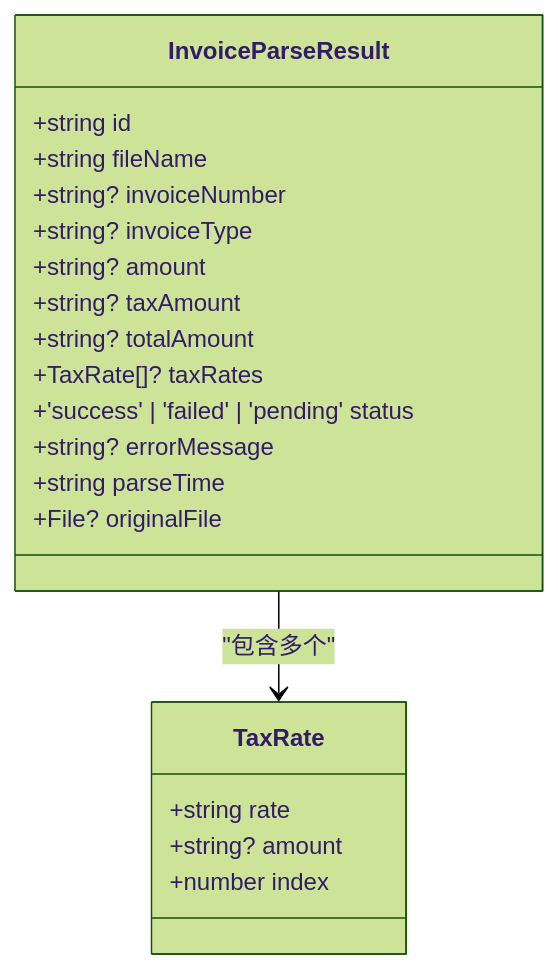
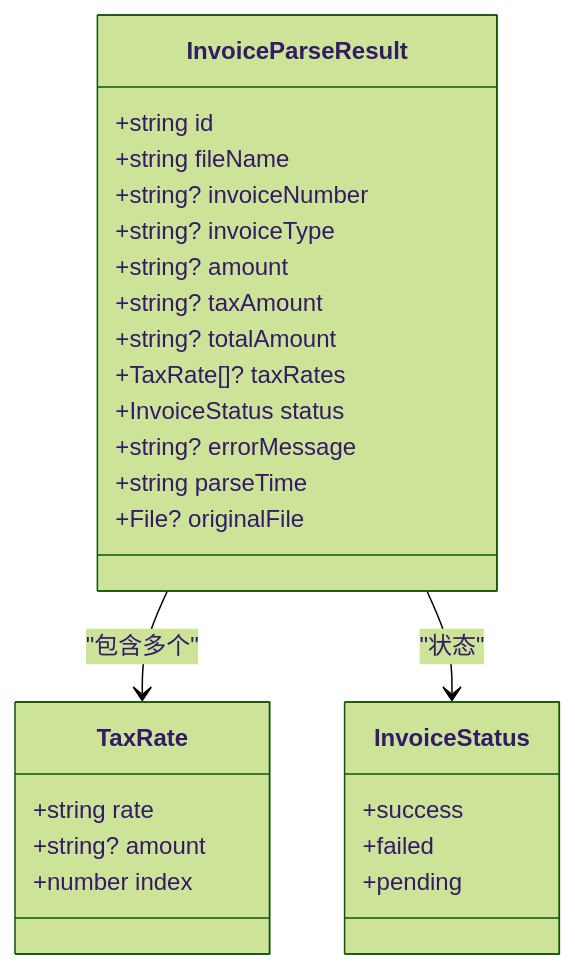
One commit to dunhuixiao/FinanceTools changed the second of 8 diagrams in .qoder/repowiki/zh/content/发票解析功能/数据模型定义.md. Above: the diagram before and after it, drawn with Mermaid (forest theme). The commit also changed other lines of this file and 8 other files, not shown here.

````diff
--- a/.qoder/repowiki/zh/content/发票解析功能/数据模型定义.md
+++ b/.qoder/repowiki/zh/content/发票解析功能/数据模型定义.md
@@ -79,23 +83,29 @@
 ```mermaid
 classDiagram
 class InvoiceParseResult {
 +string id
 +string fileName
 +string? invoiceNumber
 +string? invoiceType
 +string? amount
 +string? taxAmount
 +string? totalAmount
 +TaxRate[]? taxRates
-+'success' | 'failed' | 'pending' status
++InvoiceStatus status
 +string? errorMessage
 +string parseTime
 +File? originalFile
 }
 class TaxRate {
 +string rate
 +string? amount
 +number index
 }
+class InvoiceStatus {
++success
++failed
++pending
+}
 InvoiceParseResult --> TaxRate : "包含多个"
+InvoiceParseResult --> InvoiceStatus : "状态"
 ```
````
